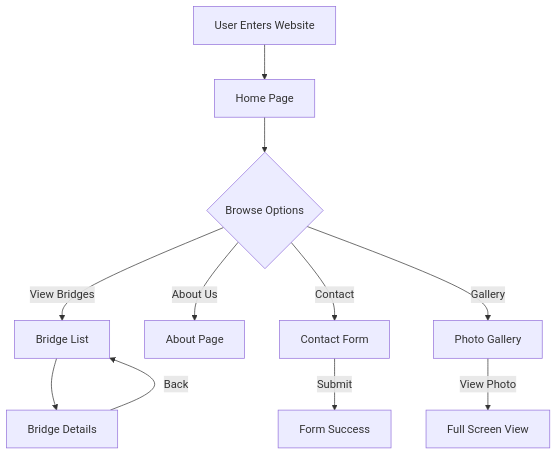
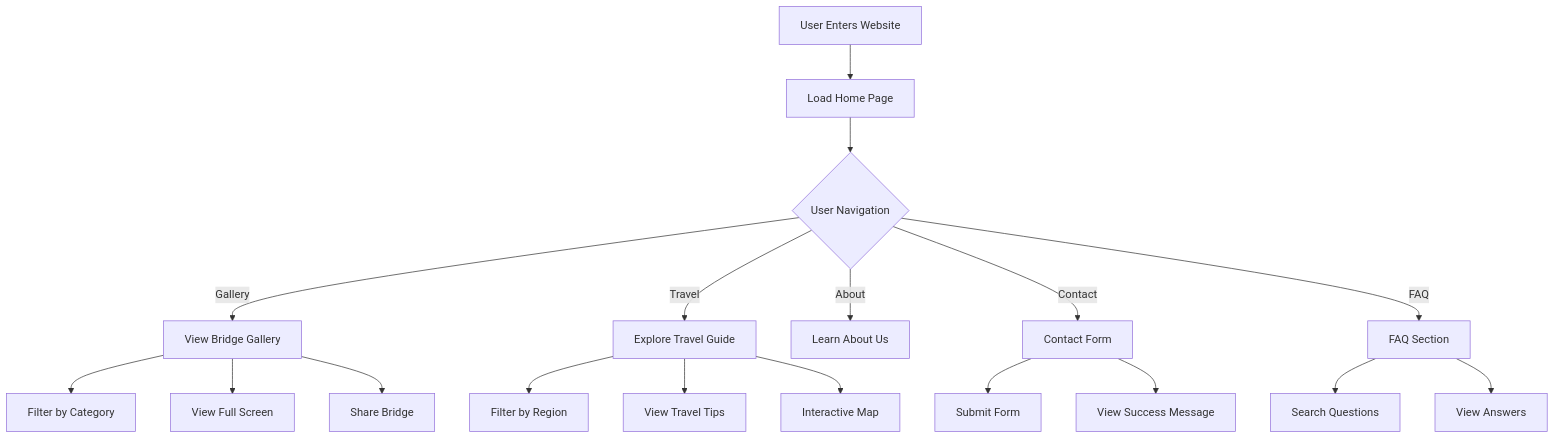
The first of 6 diagrams in documentation/FLOW_CHARTS.md (yolithrones/bridges-website-app), drawn with Mermaid before and after one commit. The commit also changed other lines of this file and 16 other files, not shown here.

````diff
--- a/documentation/FLOW_CHARTS.md
+++ b/documentation/FLOW_CHARTS.md
@@ -4,13 +13,24 @@
 ```mermaid
 graph TD
-    A[User Enters Website] --> B[Home Page]
-    B --> C{Browse Options}
-    C -->|View Bridges| D[Bridge List]
-    C -->|About Us| E[About Page]
-    C -->|Contact| F[Contact Form]
-    C -->|Gallery| G[Photo Gallery]
-    D --> H[Bridge Details]
-    H -->|Back| D
-    F -->|Submit| I[Form Success]
-    G -->|View Photo| J[Full Screen View]
+    A[User Enters Website] --> B[Load Home Page]
+    B --> C{User Navigation}
+    C -->|Gallery| D[View Bridge Gallery]
+    C -->|Travel| E[Explore Travel Guide]
+    C -->|About| F[Learn About Us]
+    C -->|Contact| G[Contact Form]
+    C -->|FAQ| H[FAQ Section]
+    
+    D --> I[Filter by Category]
+    D --> J[View Full Screen]
+    D --> K[Share Bridge]
+    
+    E --> L[Filter by Region]
+    E --> M[View Travel Tips]
+    E --> N[Interactive Map]
+    
+    G --> O[Submit Form]
+    G --> P[View Success Message]
+    
+    H --> Q[Search Questions]
+    H --> R[View Answers]
 ```
````
